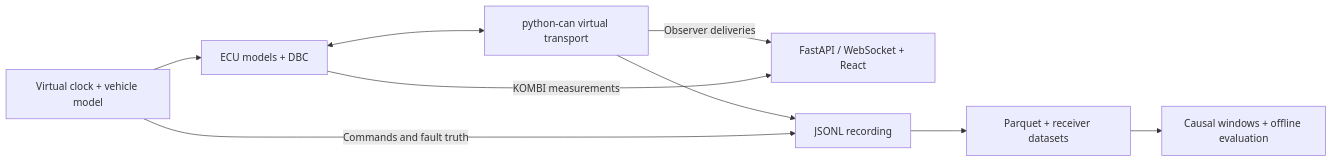
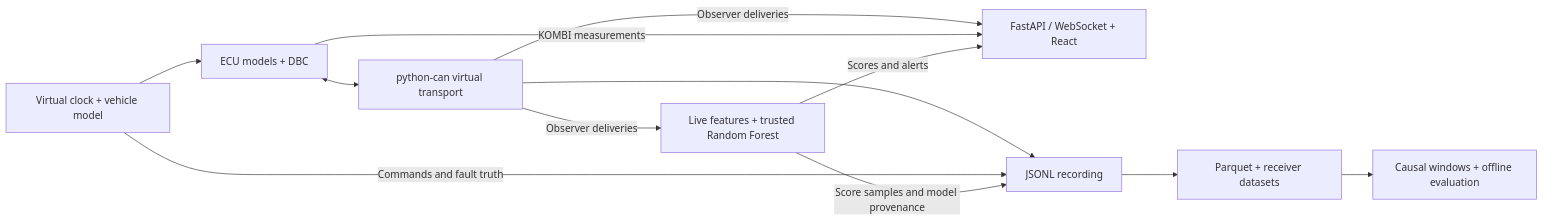
The diagram in README.md (cryptoadya/autocan-studio), drawn with Mermaid before and after one commit. The commit also changed other lines of this file and 5 other files, not shown here.

````diff
--- a/README.md
+++ b/README.md
@@ -25,11 +26,14 @@
 ```mermaid
 flowchart LR
     Sim["Virtual clock + vehicle model"] --> ECU["ECU models + DBC"]
     ECU <--> CAN["python-can virtual transport"]
     CAN -->|Observer deliveries| Dash["FastAPI / WebSocket + React"]
     ECU -->|KOMBI measurements| Dash
     CAN --> Trace["JSONL recording"]
     Sim -->|Commands and fault truth| Trace
     Trace --> Data["Parquet + receiver datasets"]
     Data --> Eval["Causal windows + offline evaluation"]
+    CAN -->|Observer deliveries| Live["Live features + trusted Random Forest"]
+    Live -->|Scores and alerts| Dash
+    Live -->|Score samples and model provenance| Trace
 ```
````
